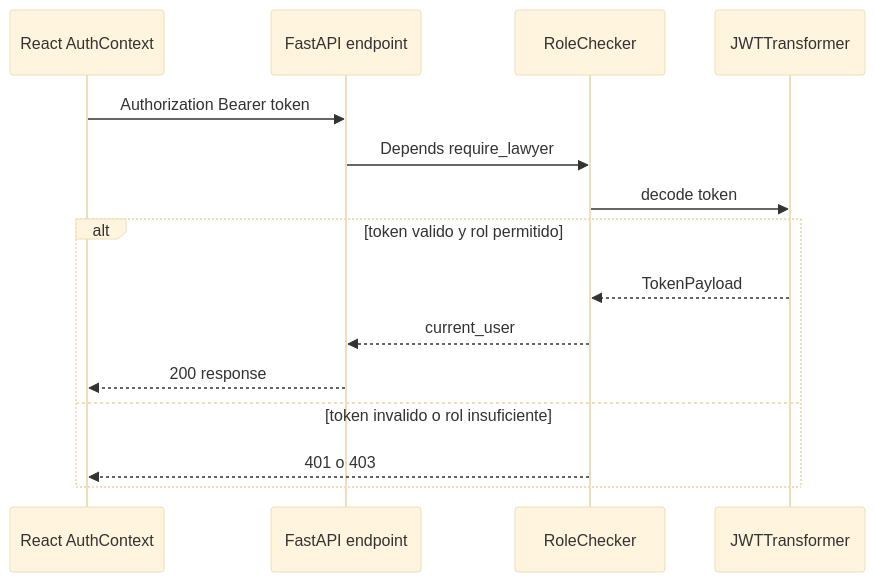
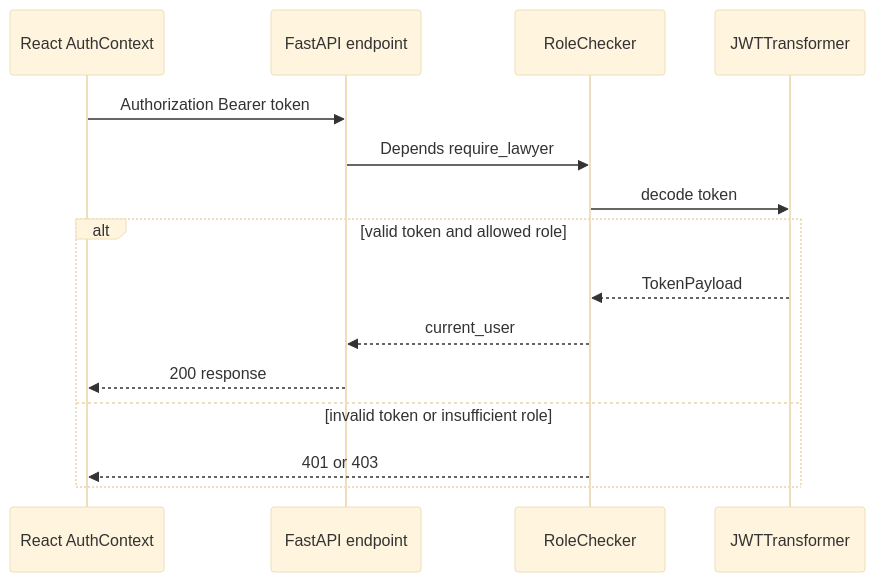
Before and after one commit to victorm-ai/legal-rent-ai: the third of 3 diagrams in docs/architecture/c4-level4-code-auth.md, drawn with Mermaid (base theme). The commit also changed other lines of this file and 57 other files, not shown here.

````diff
--- a/docs/architecture/c4-level4-code-auth.md
+++ b/docs/architecture/c4-level4-code-auth.md
@@ -126,18 +126,18 @@
 ```mermaid
 sequenceDiagram
     participant Web as React AuthContext
     participant API as FastAPI endpoint
     participant MW as RoleChecker
     participant JWT as JWTTransformer
 
     Web->>API: Authorization Bearer token
     API->>MW: Depends require_lawyer
     MW->>JWT: decode token
-    alt token valido y rol permitido
+    alt valid token and allowed role
         JWT-->>MW: TokenPayload
         MW-->>API: current_user
         API-->>Web: 200 response
-    else token invalido o rol insuficiente
-        MW-->>Web: 401 o 403
+    else invalid token or insufficient role
+        MW-->>Web: 401 or 403
     end
 ```
````
